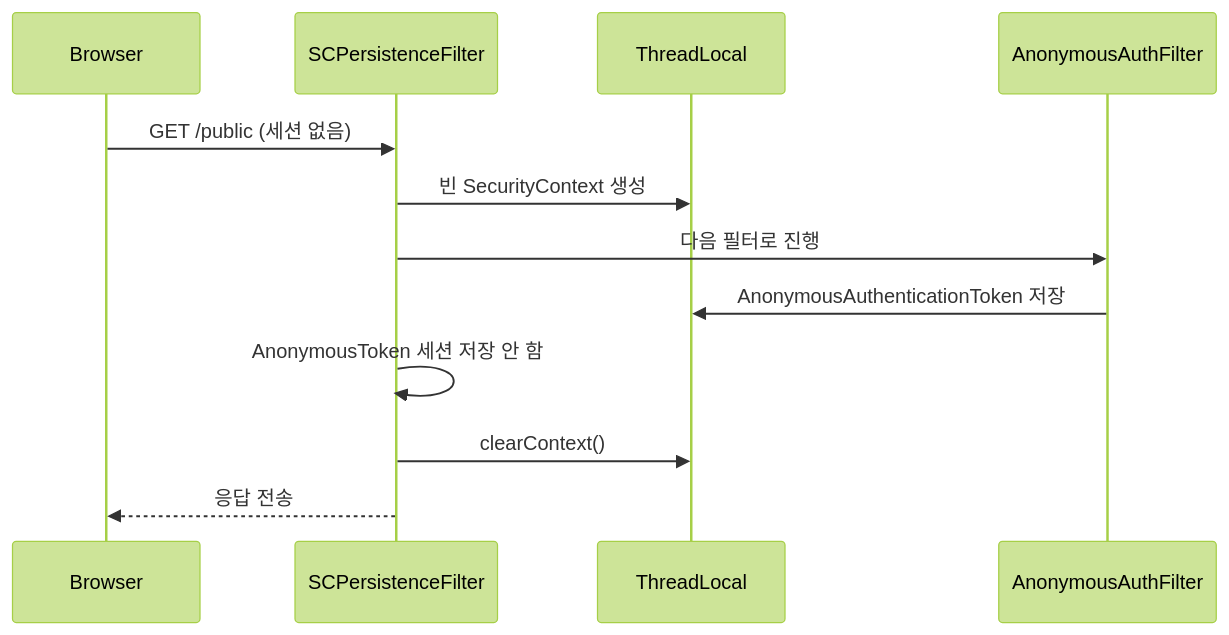
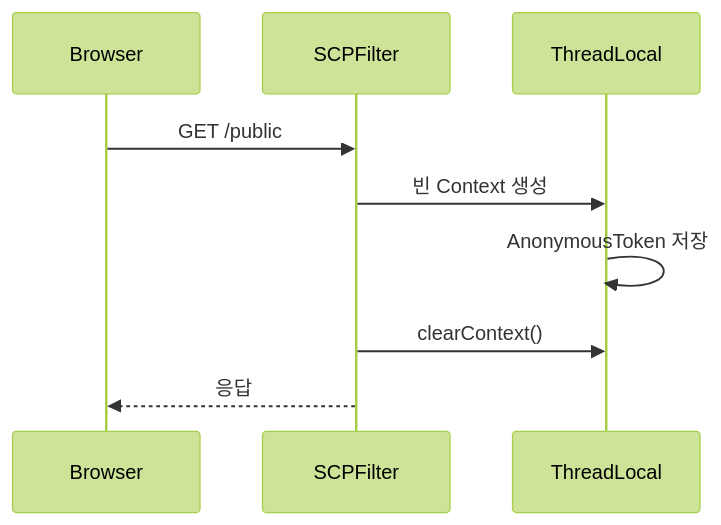
Before and after one commit to yjkim2015/yjkim2015.github.io: the second of 5 diagrams in _posts/security/2021-05-26-SecurityContextPersistentFilter.md, drawn with Mermaid (forest theme). The commit also changed other lines of this file and 155 other files, not shown here.

First line of the commit message:
Mermaid 전면 수정: subgraph 제거, participant/노드/줄수 축소 (342블록)

````diff
--- a/_posts/security/2021-05-26-SecurityContextPersistentFilter.md
+++ b/_posts/security/2021-05-26-SecurityContextPersistentFilter.md
@@ -36,14 +36,11 @@
 ```mermaid
 sequenceDiagram
     participant B as Browser
-    participant SCPF as SCPersistenceFilter
+    participant SCPF as SCPFilter
     participant TL as ThreadLocal
-    participant AAF as AnonymousAuthFilter
-    B->>SCPF: GET /public (세션 없음)
-    SCPF->>TL: 빈 SecurityContext 생성
-    SCPF->>AAF: 다음 필터로 진행
-    AAF->>TL: AnonymousAuthenticationToken 저장
-    SCPF->>SCPF: AnonymousToken 세션 저장 안 함
+    B->>SCPF: GET /public
+    SCPF->>TL: 빈 Context 생성
+    TL->>TL: AnonymousToken 저장
     SCPF->>TL: clearContext()
-    SCPF-->>B: 응답 전송
+    SCPF-->>B: 응답
 ```
````
